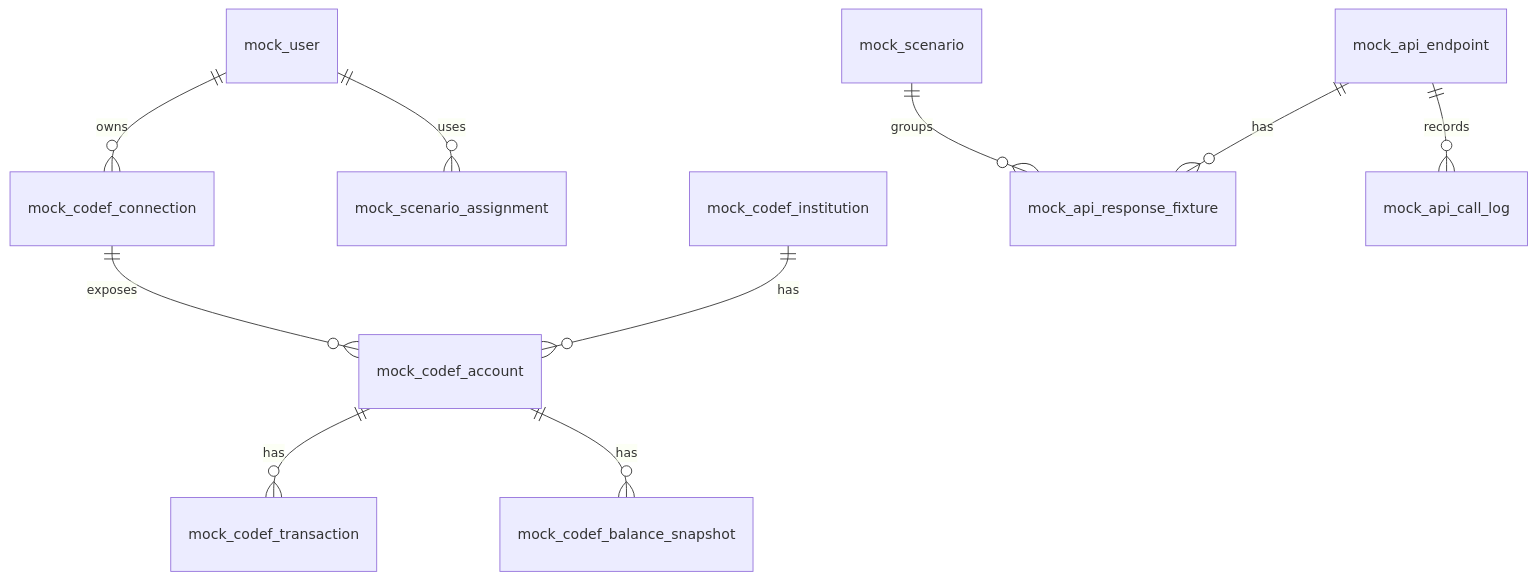
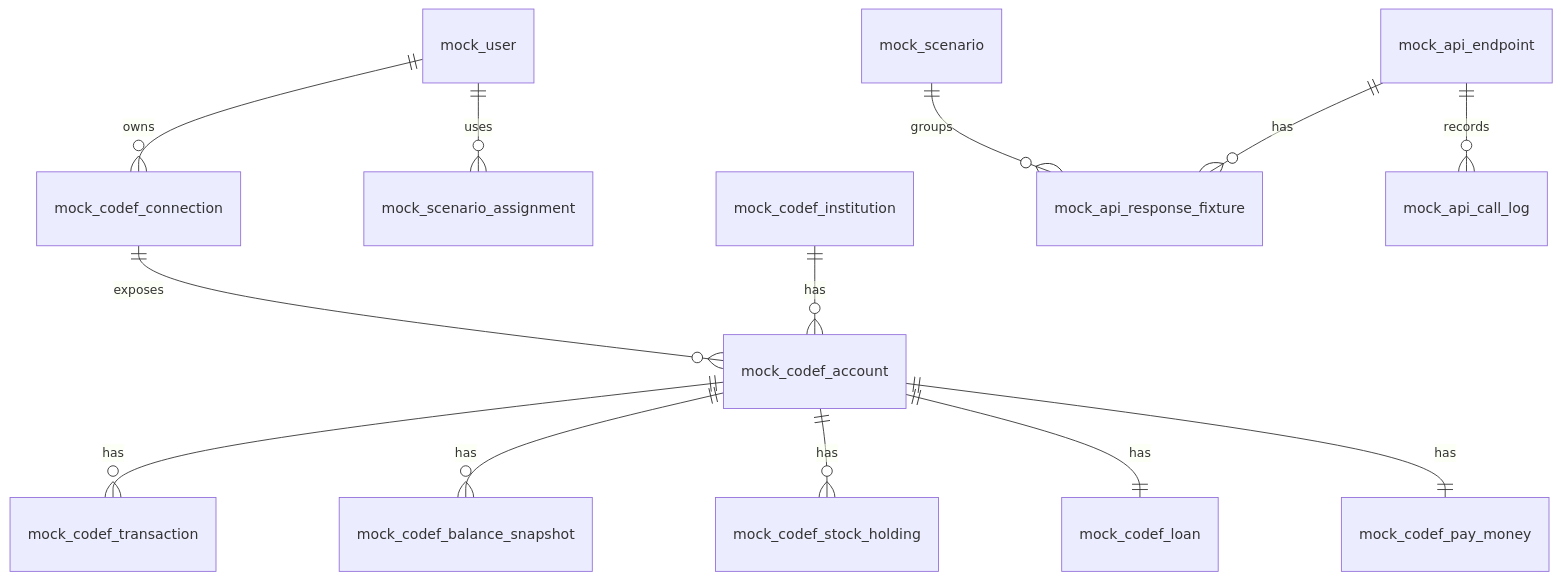
Before and after one commit to KB-TangTang/Financial-Mock-Server: the diagram in README.md, drawn with Mermaid. The commit also changed other lines of this file and 1 other file, not shown here.

````diff
--- a/README.md
+++ b/README.md
@@ -20,12 +22,15 @@
 ```mermaid
 erDiagram
     mock_user ||--o{ mock_codef_connection : owns
     mock_user ||--o{ mock_scenario_assignment : uses
     mock_codef_institution ||--o{ mock_codef_account : has
     mock_codef_connection ||--o{ mock_codef_account : exposes
     mock_codef_account ||--o{ mock_codef_transaction : has
     mock_codef_account ||--o{ mock_codef_balance_snapshot : has
+    mock_codef_account ||--o{ mock_codef_stock_holding : has
+    mock_codef_account ||--|| mock_codef_loan : has
+    mock_codef_account ||--|| mock_codef_pay_money : has
     mock_api_endpoint ||--o{ mock_api_response_fixture : has
     mock_scenario ||--o{ mock_api_response_fixture : groups
     mock_api_endpoint ||--o{ mock_api_call_log : records
 ```
````
